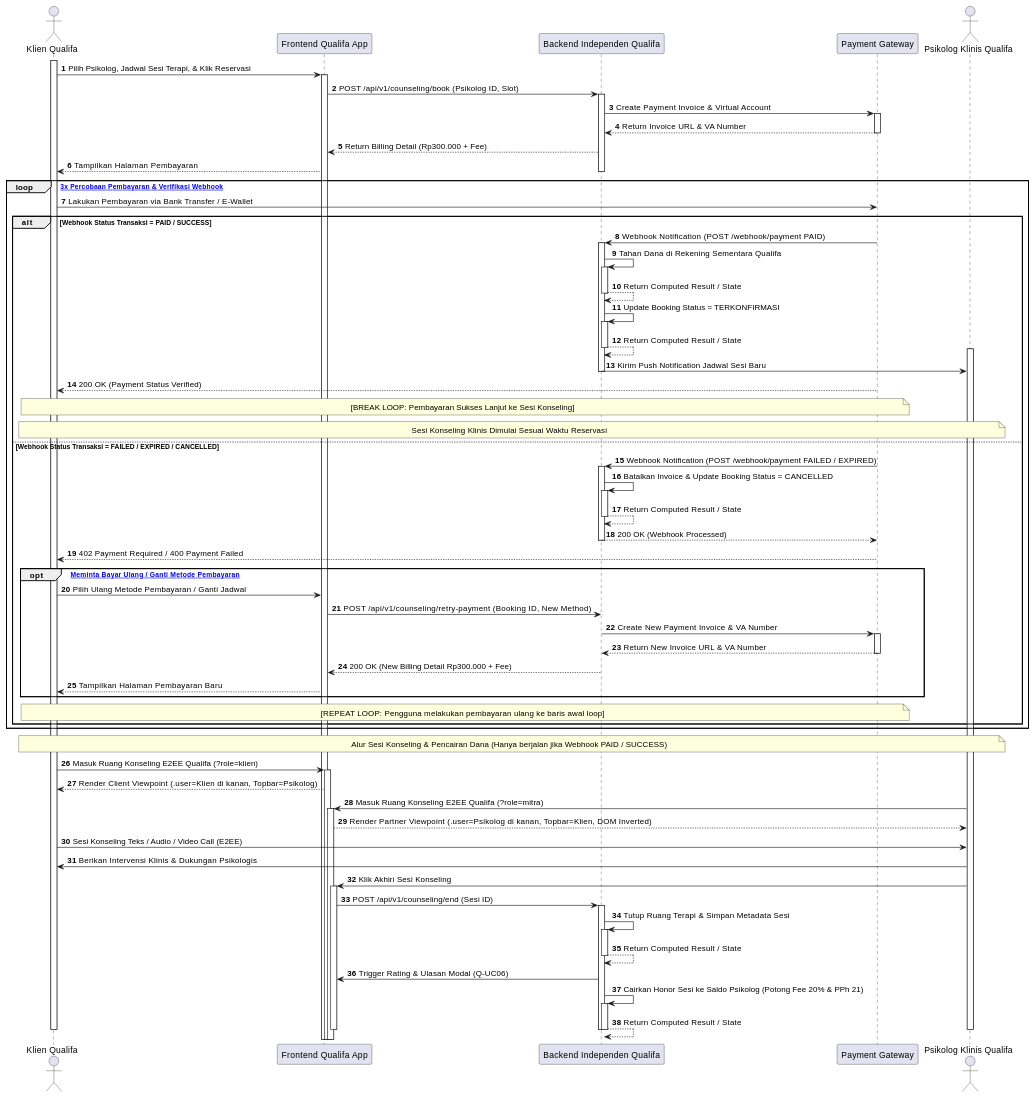
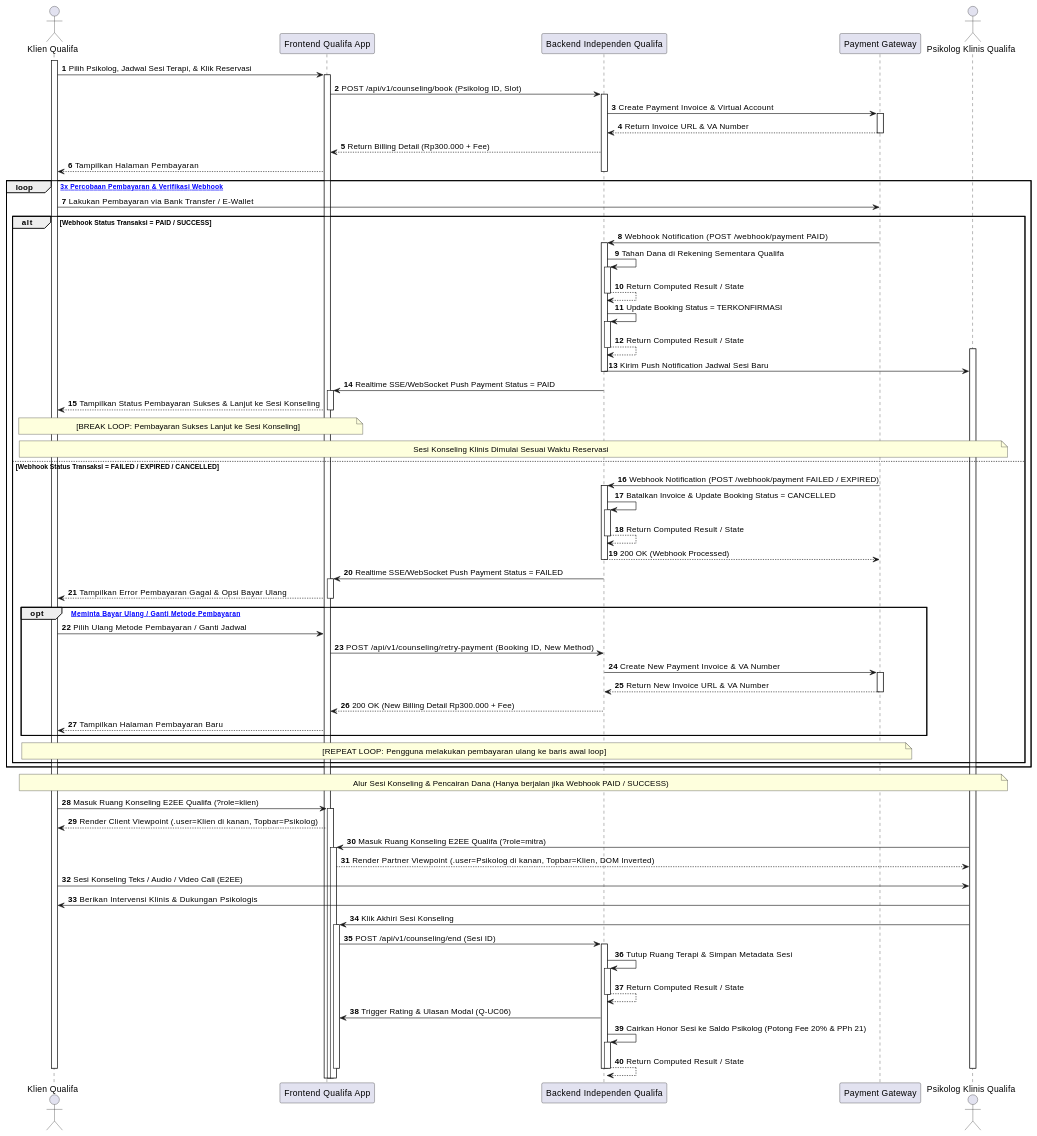
Diagram 19 of 30 in MarkDown/plantuml_sequence_diagrams.md (tupperwureism/SuperApp-Gagal), drawn with PlantUML before and after one commit. The commit also changed other lines of this file and 2 other files, not shown here.

Commit message:
docs(architecture): separate target diagrams from implementation status

````diff
--- a/MarkDown/plantuml_sequence_diagrams.md
+++ b/MarkDown/plantuml_sequence_diagrams.md
@@ -1990,74 +2064,80 @@
 ```plantuml
 @startuml
 autonumber
 actor "Klien Qualifa" as Klien
 participant "Frontend Qualifa App" as FE
 participant "Backend Independen Qualifa" as BE
 participant "Payment Gateway" as PG
 actor "Psikolog Klinis Qualifa" as Mitra
 
 activate Klien
 Klien -> FE ++ : Pilih Psikolog, Jadwal Sesi Terapi, & Klik Reservasi
 FE -> BE ++ : POST /api/v1/counseling/book (Psikolog ID, Slot)
 BE -> PG ++ : Create Payment Invoice & Virtual Account
 PG --> BE -- : Return Invoice URL & VA Number
 BE --> FE : Return Billing Detail (Rp300.000 + Fee)
 FE --> Klien : Tampilkan Halaman Pembayaran
 deactivate BE
 
 loop [Maksimal 3x Percobaan Pembayaran & Verifikasi Webhook]
     Klien -> PG : Lakukan Pembayaran via Bank Transfer / E-Wallet
 
     alt Webhook Status Transaksi = PAID / SUCCESS
         PG -> BE ++ : Webhook Notification (POST /webhook/payment PAID)
         BE -> BE ++ : Tahan Dana di Rekening Sementara Qualifa
         BE --> BE -- : Return Computed Result / State
         BE -> BE ++ : Update Booking Status = TERKONFIRMASI
         BE --> BE -- : Return Computed Result / State
         activate Mitra
         BE -> Mitra : Kirim Push Notification Jadwal Sesi Baru
         deactivate BE
-        PG --> Klien : 200 OK (Payment Status Verified)
-        note over Klien, PG : [BREAK LOOP: Pembayaran Sukses Lanjut ke Sesi Konseling]
-        
+        BE -> FE ++ : Realtime SSE/WebSocket Push Payment Status = PAID
+        FE --> Klien : Tampilkan Status Pembayaran Sukses & Lanjut ke Sesi Konseling
+        deactivate FE
+        deactivate BE
+        note over Klien, FE : [BREAK LOOP: Pembayaran Sukses Lanjut ke Sesi Konseling]
+
         note over Klien, Mitra : Sesi Konseling Klinis Dimulai Sesuai Waktu Reservasi
     else Webhook Status Transaksi = FAILED / EXPIRED / CANCELLED
         PG -> BE ++ : Webhook Notification (POST /webhook/payment FAILED / EXPIRED)
         BE -> BE ++ : Batalkan Invoice & Update Booking Status = CANCELLED
         BE --> BE -- : Return Computed Result / State
         BE --> PG -- : 200 OK (Webhook Processed)
-        PG --> Klien : 402 Payment Required / 400 Payment Failed
+        BE -> FE ++ : Realtime SSE/WebSocket Push Payment Status = FAILED
+        FE --> Klien : Tampilkan Error Pembayaran Gagal & Opsi Bayar Ulang
+        deactivate FE
+        deactivate BE
         
         opt [Pengguna Meminta Bayar Ulang / Ganti Metode Pembayaran]
             Klien -> FE : Pilih Ulang Metode Pembayaran / Ganti Jadwal
             FE -> BE : POST /api/v1/counseling/retry-payment (Booking ID, New Method)
             BE -> PG ++ : Create New Payment Invoice & VA Number
             PG --> BE -- : Return New Invoice URL & VA Number
             BE --> FE : 200 OK (New Billing Detail Rp300.000 + Fee)
             FE --> Klien : Tampilkan Halaman Pembayaran Baru
         end
         note over Klien, PG : [REPEAT LOOP: Pengguna melakukan pembayaran ulang ke baris awal loop]
     end
 end
 
 note over Klien, Mitra : Alur Sesi Konseling & Pencairan Dana (Hanya berjalan jika Webhook PAID / SUCCESS)
 Klien -> FE ++ : Masuk Ruang Konseling E2EE Qualifa (?role=klien)
 FE --> Klien : Render Client Viewpoint (.user=Klien di kanan, Topbar=Psikolog)
 Mitra -> FE ++ : Masuk Ruang Konseling E2EE Qualifa (?role=mitra)
 FE --> Mitra : Render Partner Viewpoint (.user=Psikolog di kanan, Topbar=Klien, DOM Inverted)
 Klien -> Mitra : Sesi Konseling Teks / Audio / Video Call (E2EE)
 Mitra -> Klien : Berikan Intervensi Klinis & Dukungan Psikologis
 
 Mitra -> FE ++ : Klik Akhiri Sesi Konseling
 FE -> BE ++ : POST /api/v1/counseling/end (Sesi ID)
 BE -> BE ++ : Tutup Ruang Terapi & Simpan Metadata Sesi
 BE --> BE -- : Return Computed Result / State
 BE -> FE : Trigger Rating & Ulasan Modal (Q-UC06)
 BE -> BE ++ : Cairkan Honor Sesi ke Saldo Psikolog (Potong Fee 20% & PPh 21)
 BE --> BE -- : Return Computed Result / State
 deactivate BE
 deactivate FE
 deactivate Klien
 deactivate Mitra
 @enduml
 ```
````
